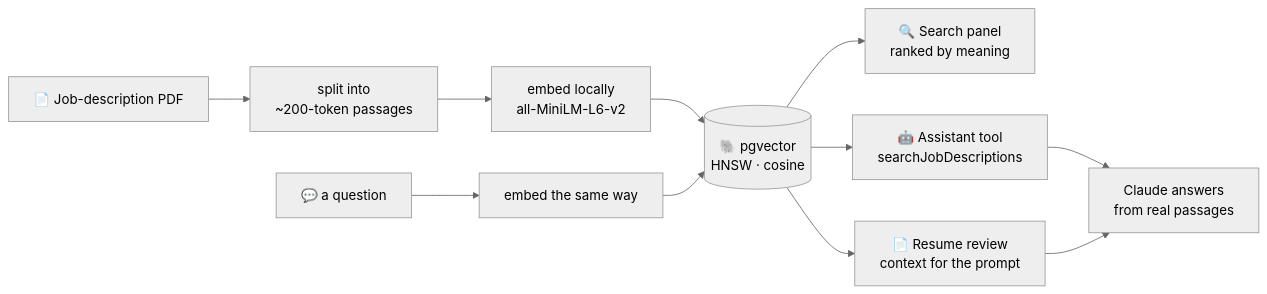
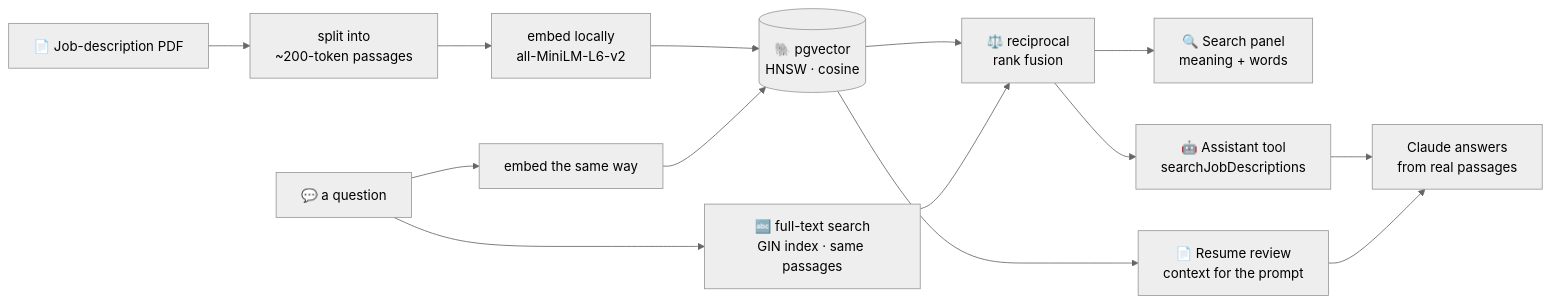
One commit to RishitheB0T/placement-prep changed the second of 2 diagrams in README.md. Above: the diagram before and after it, drawn with Mermaid (neutral theme). The commit also changed other lines of this file and 4 other files, not shown here.

First line of the commit message:
document the hybrid job-description search

````diff
--- a/README.md
+++ b/README.md
@@ -221,12 +221,15 @@
 ```mermaid
 flowchart LR
     PDF["📄 Job-description PDF"] --> SPLIT["split into<br/>~200-token passages"]
     SPLIT --> EMBED["embed locally<br/>all-MiniLM-L6-v2"]
     EMBED --> PG[("🐘 pgvector<br/>HNSW · cosine")]
     Q["💬 a question"] --> QE["embed the same way"] --> PG
-    PG --> SEARCH["🔍 Search panel<br/>ranked by meaning"]
-    PG --> TOOL["🤖 Assistant tool<br/>searchJobDescriptions"]
+    Q --> FTS["🔤 full-text search<br/>GIN index · same passages"]
+    PG --> RRF["⚖️ reciprocal<br/>rank fusion"]
+    FTS --> RRF
+    RRF --> SEARCH["🔍 Search panel<br/>meaning + words"]
+    RRF --> TOOL["🤖 Assistant tool<br/>searchJobDescriptions"]
     PG --> REVIEW["📄 Resume review<br/>context for the prompt"]
     TOOL --> CLAUDE["Claude answers<br/>from real passages"]
     REVIEW --> CLAUDE
 ```
````
